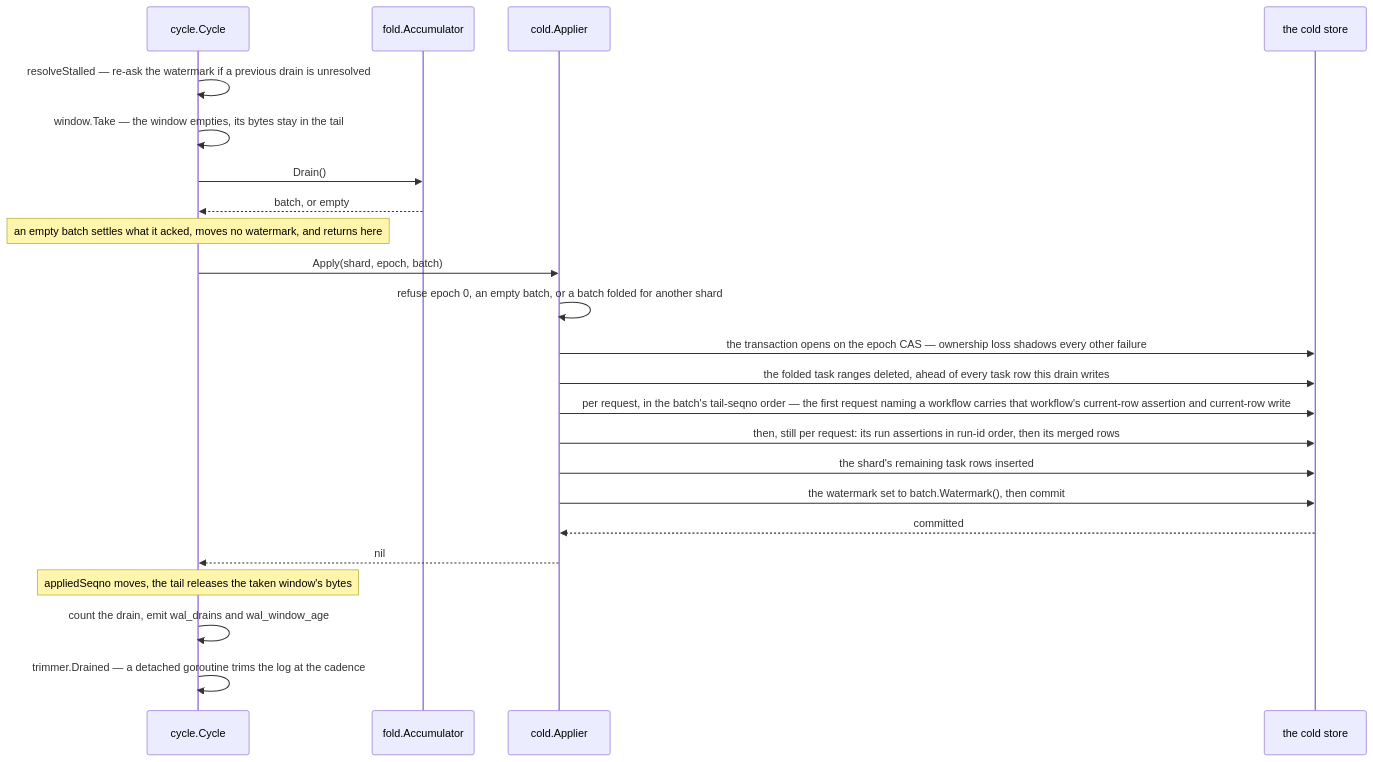
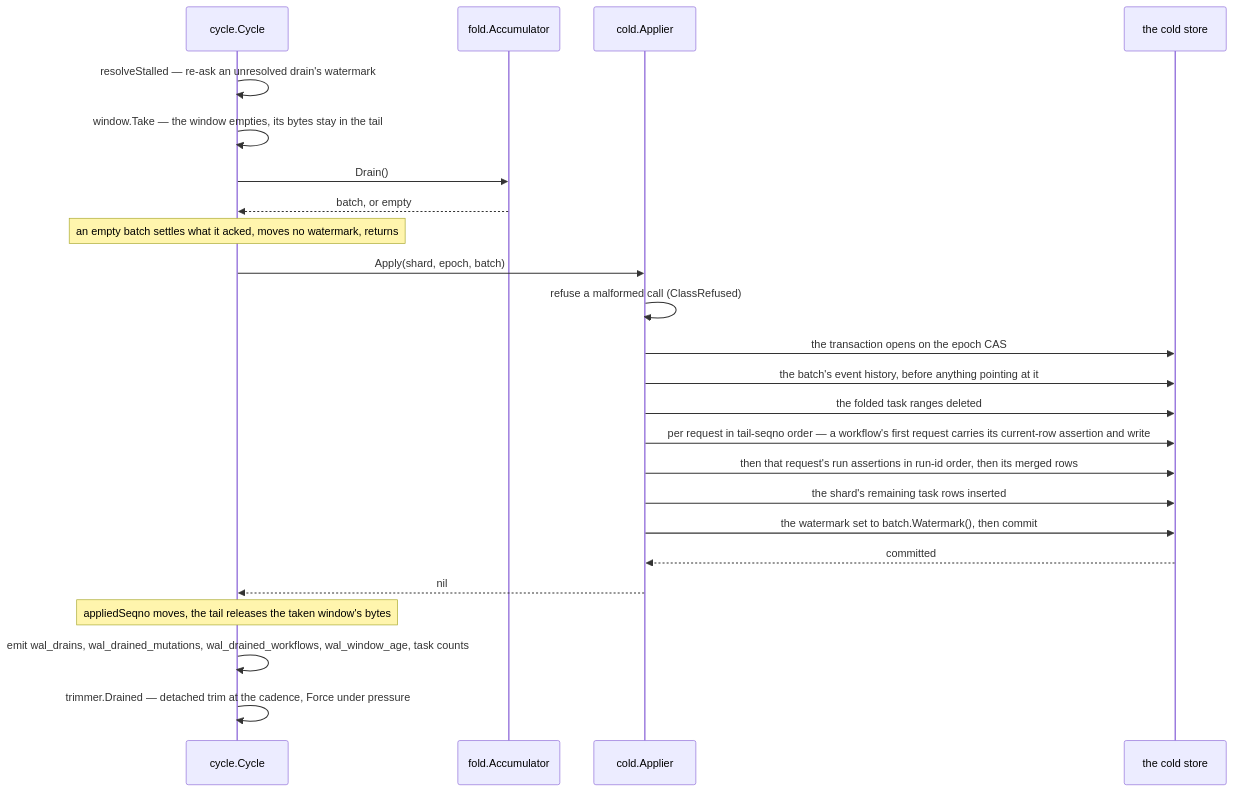
One commit to aromanovich/waltz changed the second of 9 diagrams in docs/handbook/05-write-path.md. Above: the diagram before and after it, drawn with Mermaid. The commit also changed other lines of this file and 187 other files, not shown here.

````diff
--- a/docs/handbook/05-write-path.md
+++ b/docs/handbook/05-write-path.md
@@ -175,26 +112,27 @@
 ```mermaid
 sequenceDiagram
   participant CY as cycle.Cycle
   participant ACC as fold.Accumulator
   participant AP as cold.Applier
   participant CS as the cold store
 
-  CY->>CY: resolveStalled — re-ask the watermark if a previous drain is unresolved
+  CY->>CY: resolveStalled — re-ask an unresolved drain's watermark
   CY->>CY: window.Take — the window empties, its bytes stay in the tail
   CY->>ACC: Drain()
   ACC-->>CY: batch, or empty
-  Note over CY: an empty batch settles what it acked, moves no watermark, and returns here
+  Note over CY: an empty batch settles what it acked, moves no watermark, returns
   CY->>AP: Apply(shard, epoch, batch)
-  AP->>AP: refuse epoch 0, an empty batch, or a batch folded for another shard
-  AP->>CS: the transaction opens on the epoch CAS — ownership loss shadows every other failure
-  AP->>CS: the folded task ranges deleted, ahead of every task row this drain writes
-  AP->>CS: per request, in the batch's tail-seqno order — the first request naming a workflow carries that workflow's current-row assertion and current-row write
-  AP->>CS: then, still per request: its run assertions in run-id order, then its merged rows
+  AP->>AP: refuse a malformed call (ClassRefused)
+  AP->>CS: the transaction opens on the epoch CAS
+  AP->>CS: the batch's event history, before anything pointing at it
+  AP->>CS: the folded task ranges deleted
+  AP->>CS: per request in tail-seqno order — a workflow's first request carries its current-row assertion and write
+  AP->>CS: then that request's run assertions in run-id order, then its merged rows
   AP->>CS: the shard's remaining task rows inserted
   AP->>CS: the watermark set to batch.Watermark(), then commit
   CS-->>AP: committed
   AP-->>CY: nil
   Note over CY: appliedSeqno moves, the tail releases the taken window's bytes
-  CY->>CY: count the drain, emit wal_drains and wal_window_age
-  CY->>CY: trimmer.Drained — a detached goroutine trims the log at the cadence
+  CY->>CY: emit wal_drains, wal_drained_mutations, wal_drained_workflows, wal_window_age, task counts
+  CY->>CY: trimmer.Drained — detached trim at the cadence, Force under pressure
 ```
````
